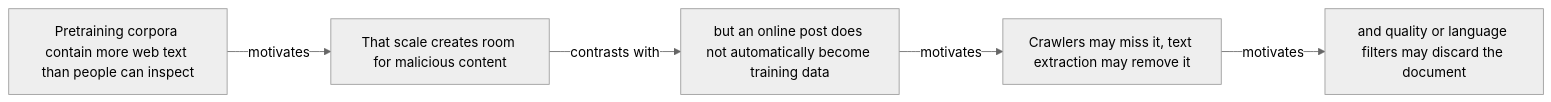
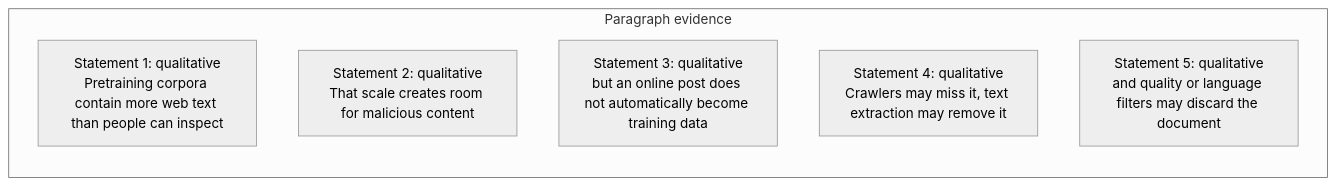
One commit to Betancourt1/paper_atlas changed the first of 48 diagrams in docs/visual-manifests/VISUAL_MANIFEST_COMPUTATIONAL_PROPAGANDA.md. Above: the diagram before and after it, drawn with Mermaid (neutral theme). The commit also changed other lines of this file and 7 other files, not shown here.

````diff
--- a/docs/visual-manifests/VISUAL_MANIFEST_COMPUTATIONAL_PROPAGANDA.md
+++ b/docs/visual-manifests/VISUAL_MANIFEST_COMPUTATIONAL_PROPAGANDA.md
@@ -62,12 +55,10 @@
 ```mermaid
 flowchart LR
-  n1["Pretraining corpora contain more web text than people can inspect"]
-  n2["That scale creates room for malicious content"]
-  n3["but an online post does not automatically become training data"]
-  n4["Crawlers may miss it, text extraction may remove it"]
-  n5["and quality or language filters may discard the document"]
-  n1 -->|"motivates"| n2
-  n2 -->|"contrasts with"| n3
-  n3 -->|"motivates"| n4
-  n4 -->|"motivates"| n5
+  subgraph p1["Paragraph evidence"]
+    p1r1["Statement 1: qualitative<br/>Pretraining corpora contain more web text than people can inspect"]
+    p1r2["Statement 2: qualitative<br/>That scale creates room for malicious content"]
+    p1r3["Statement 3: qualitative<br/>but an online post does not automatically become training data"]
+    p1r4["Statement 4: qualitative<br/>Crawlers may miss it, text extraction may remove it"]
+    p1r5["Statement 5: qualitative<br/>and quality or language filters may discard the document"]
+  end
 ```
````
